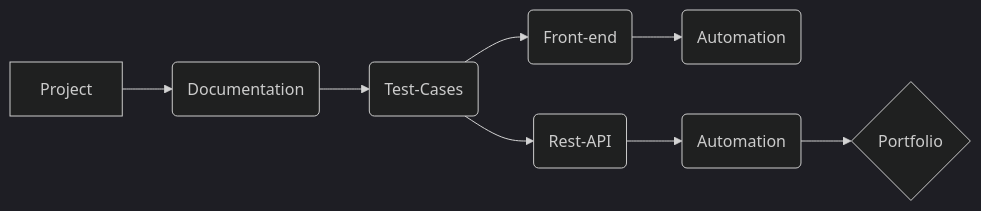
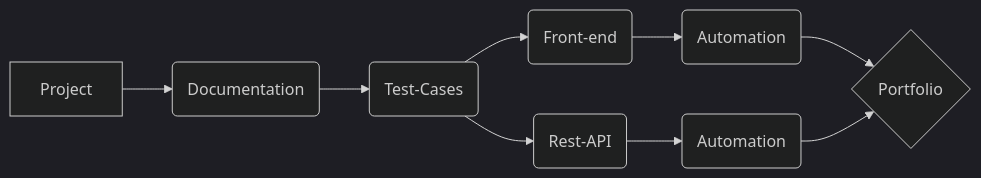
The diagram in README.md (N-Uladzislau/Portfolio_Project), drawn with Mermaid (dark theme) before and after one commit.

````diff
--- a/README.md
+++ b/README.md
@@ -2,7 +2,7 @@
 ```mermaid
 graph LR
 A[Project] --> B(Documentation) --> C(Test-Cases)
-C --> Q(Front-end) --> W(Automation)
+C --> Q(Front-end) --> W(Automation) --> F{Portfolio}
 C --> D(Rest-API) --> E(Automation) --> F{Portfolio}
 
 ```
````
